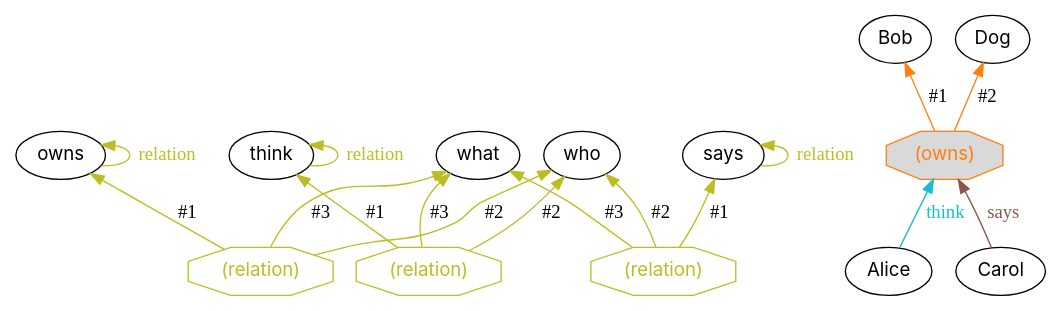
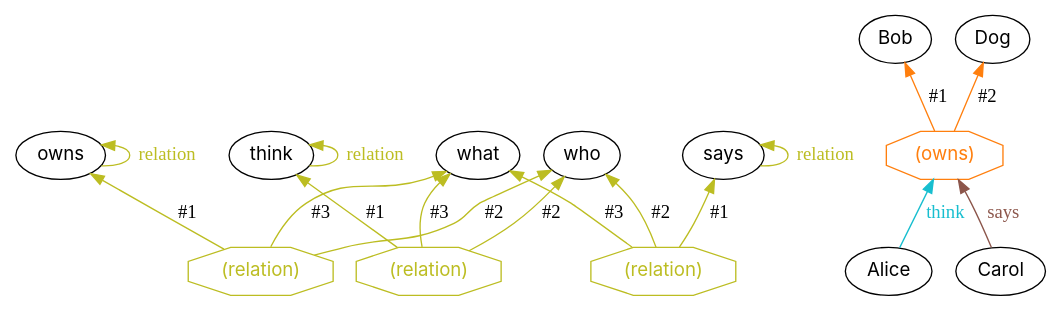
One commit to agutikov/ein changed the diagram in plans/m1f_hypothesis_and_documentation/p1f.22_nested_facts/diagrams/frame-ctx-only-held-in-two-contexts.dot. Above: the diagram before and after it, drawn with Graphviz. The commit also changed 7 other files, not shown here.

Commit message:
P1f.22: Q-M1f.398's filling dropped on the user's word: held is outside every frame, no octagon filled; the three trial figures drawn so. Plans only.

```diff
--- a/plans/m1f_hypothesis_and_documentation/p1f.22_nested_facts/diagrams/frame-ctx-only-held-in-two-contexts.dot
+++ b/plans/m1f_hypothesis_and_documentation/p1f.22_nested_facts/diagrams/frame-ctx-only-held-in-two-contexts.dot
@@ -1,32 +1,32 @@
 digraph kb {
   // suggested layout: fdp
   rankdir=BT;
   node [fontname="Inter"];
 
   // facts
   f_0b9ad443f0 [shape=octagon, label="(relation)", color="#bcbd22", fontcolor="#bcbd22", style=solid];
   f_0b9ad443f0 -> "owns" [label="#1", color="#bcbd22", style=solid];
   f_0b9ad443f0 -> "who" [label="#2", color="#bcbd22", style=solid];
   f_0b9ad443f0 -> "what" [label="#3", color="#bcbd22", style=solid];
   "owns" -> "owns" [label="relation", color="#bcbd22", fontcolor="#bcbd22", style=solid];
   f_2e94b1088d [shape=octagon, label="(relation)", color="#bcbd22", fontcolor="#bcbd22", style=solid];
   f_2e94b1088d -> "think" [label="#1", color="#bcbd22", style=solid];
   f_2e94b1088d -> "who" [label="#2", color="#bcbd22", style=solid];
   f_2e94b1088d -> "what" [label="#3", color="#bcbd22", style=solid];
   "think" -> "think" [label="relation", color="#bcbd22", fontcolor="#bcbd22", style=solid];
   f_2854650406 [shape=octagon, label="(relation)", color="#bcbd22", fontcolor="#bcbd22", style=solid];
   f_2854650406 -> "says" [label="#1", color="#bcbd22", style=solid];
   f_2854650406 -> "who" [label="#2", color="#bcbd22", style=solid];
   f_2854650406 -> "what" [label="#3", color="#bcbd22", style=solid];
   "says" -> "says" [label="relation", color="#bcbd22", fontcolor="#bcbd22", style=solid];
   "Alice" -> f_5b3adbf9bf [label="think", color="#17becf", fontcolor="#17becf", style=solid];
   "Carol" -> f_5b3adbf9bf [label="says", color="#8c564b", fontcolor="#8c564b", style=solid];
 
   // held facts that are also in a context: no frame
-  f_5b3adbf9bf [shape=octagon, label="(owns)", color="#ff7f0e", fontcolor="#ff7f0e", style="filled,solid", fillcolor="#d9d9d9"];
+  f_5b3adbf9bf [shape=octagon, label="(owns)", color="#ff7f0e", fontcolor="#ff7f0e", style=solid];
 
   // facts in a context
   newrank=true;
   f_5b3adbf9bf -> "Bob" [label="#1", color="#ff7f0e", style=solid];
   f_5b3adbf9bf -> "Dog" [label="#2", color="#ff7f0e", style=solid];
 }
```
